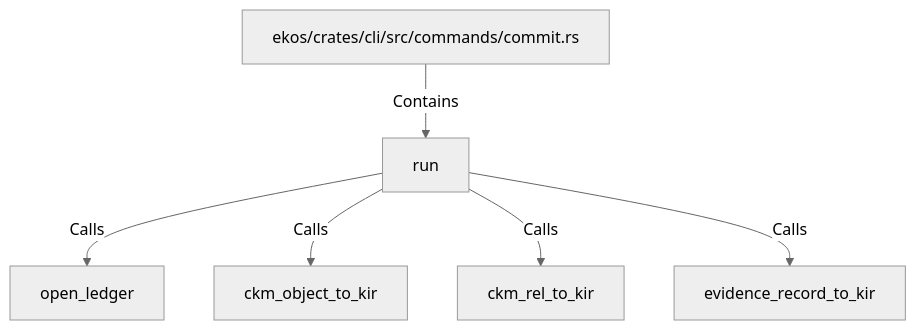
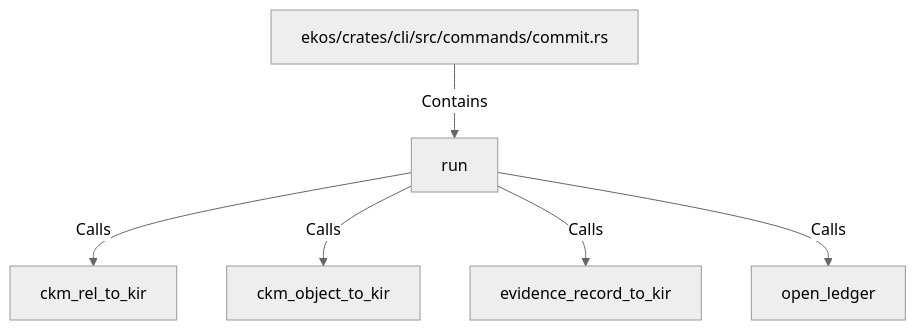
One commit to alexeyban/EKOS changed the diagram in doc/entities/rustsymbol/ru/run-5eff14dd.md. Above: the diagram before and after it, drawn with Mermaid (neutral theme). The commit also changed other lines of this file and 552 other files, not shown here.

````diff
--- a/doc/entities/rustsymbol/ru/run-5eff14dd.md
+++ b/doc/entities/rustsymbol/ru/run-5eff14dd.md
@@ -24,14 +24,14 @@
 ```mermaid
 graph TD
     n5eff14dd0262599c99883daeffd5ed67["run"]
     nf48ae11ba9a754f08cc6a192b1641436["ekos/crates/cli/src/commands/commit.rs"]
     nf48ae11ba9a754f08cc6a192b1641436 -->|Contains| n5eff14dd0262599c99883daeffd5ed67
+    nd4e53d27cd915290b888f803751ddc3e["ckm_rel_to_kir"]
+    n5eff14dd0262599c99883daeffd5ed67 -->|Calls| nd4e53d27cd915290b888f803751ddc3e
+    n5d82f3c19c9a501b8527e3d1a1305aa7["ckm_object_to_kir"]
+    n5eff14dd0262599c99883daeffd5ed67 -->|Calls| n5d82f3c19c9a501b8527e3d1a1305aa7
+    n888fe357b8045d098f1e26c4d5c7a9f3["evidence_record_to_kir"]
+    n5eff14dd0262599c99883daeffd5ed67 -->|Calls| n888fe357b8045d098f1e26c4d5c7a9f3
     n1bc6e585c4e85dc5a6c993aadb6ac859["open_ledger"]
     n5eff14dd0262599c99883daeffd5ed67 -->|Calls| n1bc6e585c4e85dc5a6c993aadb6ac859
-    n5d82f3c19c9a501b8527e3d1a1305aa7["ckm_object_to_kir"]
-    n5eff14dd0262599c99883daeffd5ed67 -->|Calls| n5d82f3c19c9a501b8527e3d1a1305aa7
-    nd4e53d27cd915290b888f803751ddc3e["ckm_rel_to_kir"]
-    n5eff14dd0262599c99883daeffd5ed67 -->|Calls| nd4e53d27cd915290b888f803751ddc3e
-    n888fe357b8045d098f1e26c4d5c7a9f3["evidence_record_to_kir"]
-    n5eff14dd0262599c99883daeffd5ed67 -->|Calls| n888fe357b8045d098f1e26c4d5c7a9f3
 ```
````
